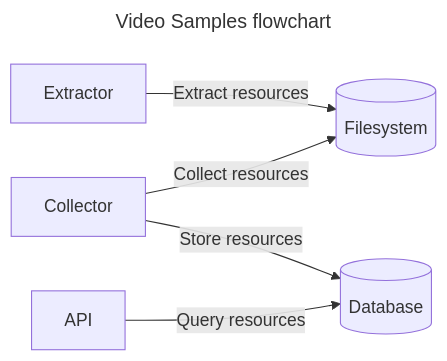
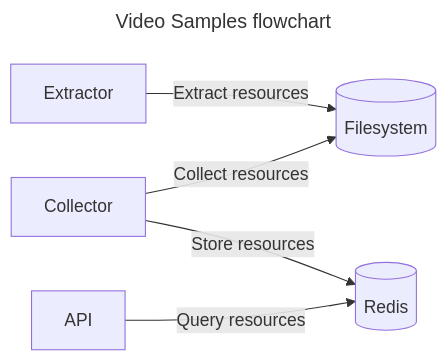
One commit to mauricioabreu/video_samples changed the first of 2 diagrams in DESIGN.md. Above: the diagram before and after it, drawn with Mermaid.

Commit message:
docs: Redis as storage

````diff
--- a/DESIGN.md
+++ b/DESIGN.md
@@ -5,10 +5,10 @@
 ```mermaid
 ---
 title: Video Samples flowchart
 ---
 graph LR
     A[Extractor] --> |Extract resources| B[(Filesystem)]
     C[Collector] --> |Collect resources| B
-    C --> |Store resources| D(Database)
-    E[API] --> |Query resources| D[(Database)]
+    C --> |Store resources| D(Redis)
+    E[API] --> |Query resources| D[(Redis)]
 ```
````
